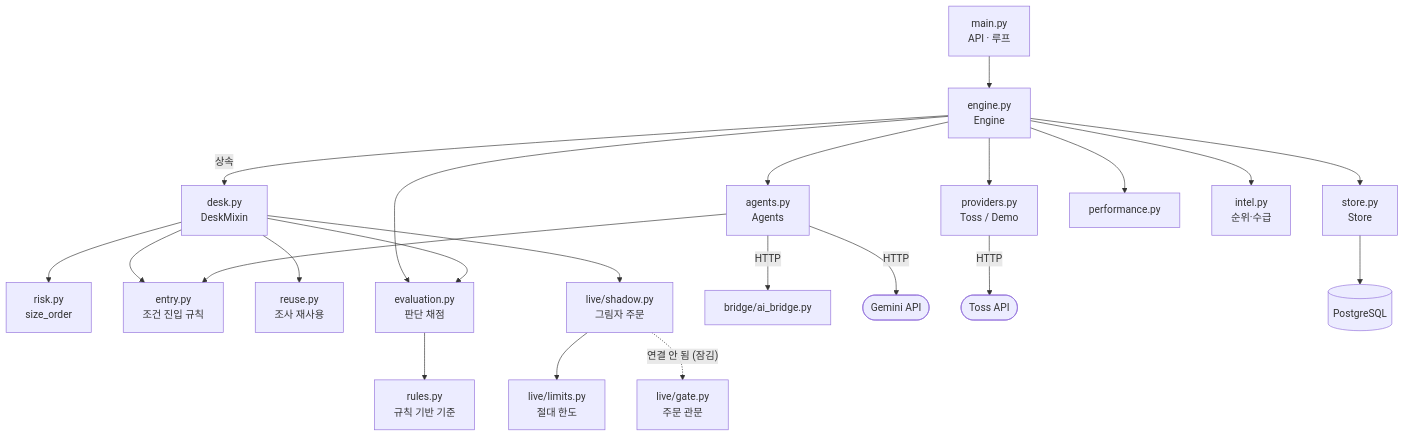
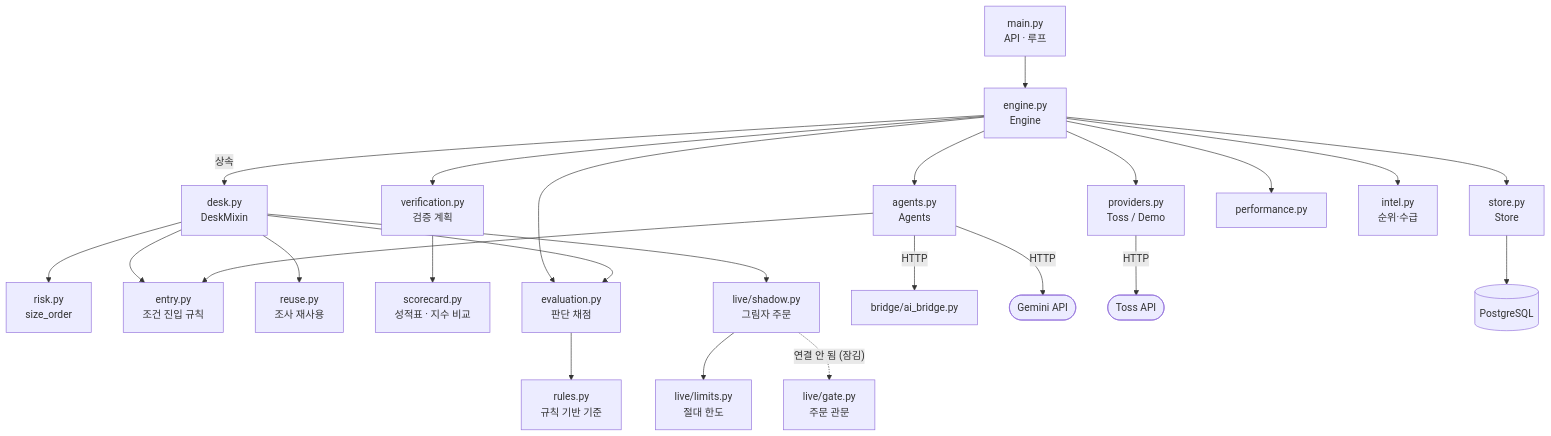
One commit to eshir0/stock-lab changed the ninth of 10 diagrams in README.md. Above: the diagram before and after it, drawn with Mermaid. The commit also changed other lines of this file and 9 other files, not shown here.

````diff
--- a/README.md
+++ b/README.md
@@ -604,24 +646,26 @@
 ```mermaid
 flowchart TD
     main["main.py<br/>API · 루프"] --> engine["engine.py<br/>Engine"]
     engine -->|상속| desk["desk.py<br/>DeskMixin"]
     engine --> agents["agents.py<br/>Agents"]
     engine --> providers["providers.py<br/>Toss / Demo"]
     engine --> store["store.py<br/>Store"]
     desk --> risk["risk.py<br/>size_order"]
     desk --> entry["entry.py<br/>조건 진입 규칙"]
     desk --> reuse["reuse.py<br/>조사 재사용"]
+    engine --> verify["verification.py<br/>검증 계획"]
+    verify --> card["scorecard.py<br/>성적표 · 지수 비교"]
     agents --> entry
     engine --> perf["performance.py"]
     engine --> ev["evaluation.py<br/>판단 채점"]
     desk --> ev
     ev --> rules["rules.py<br/>규칙 기반 기준"]
     engine --> intel["intel.py<br/>순위·수급"]
     desk --> shadow["live/shadow.py<br/>그림자 주문"]
     shadow --> limits["live/limits.py<br/>절대 한도"]
     shadow -.->|"연결 안 됨 (잠김)"| gate["live/gate.py<br/>주문 관문"]
     agents -->|HTTP| bridge["bridge/ai_bridge.py"]
     agents -->|HTTP| gemini(["Gemini API"])
     providers -->|HTTP| toss(["Toss API"])
     store --> pg[("PostgreSQL")]
 ```
````
